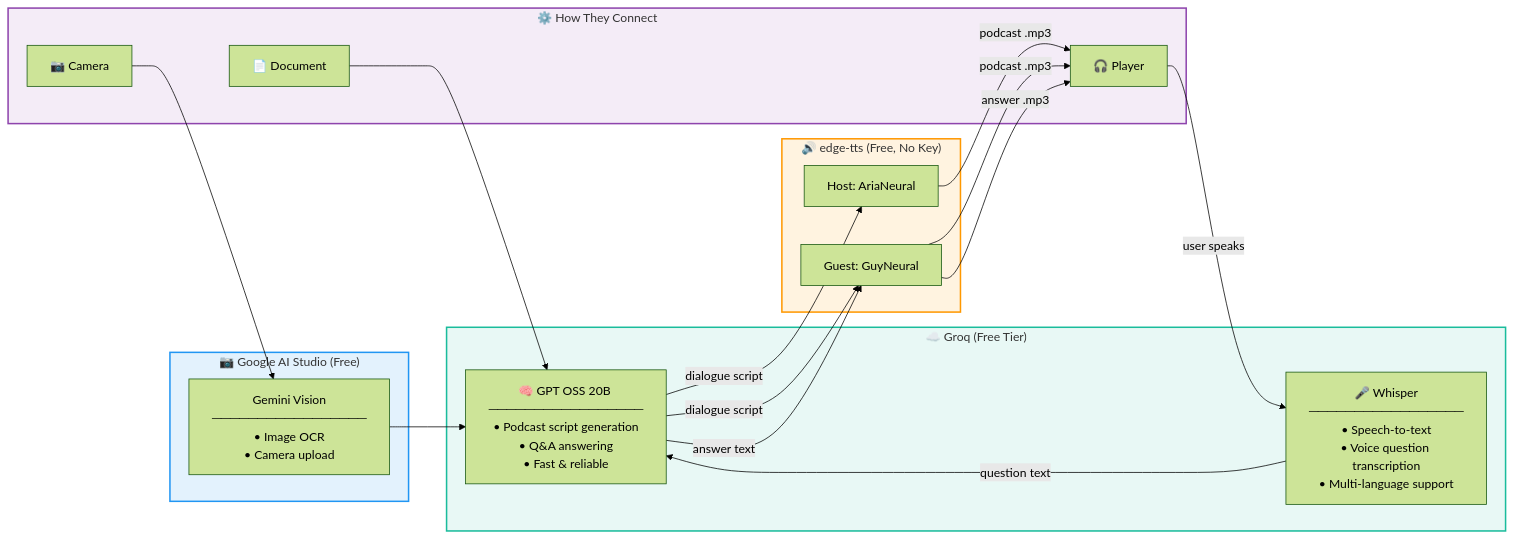
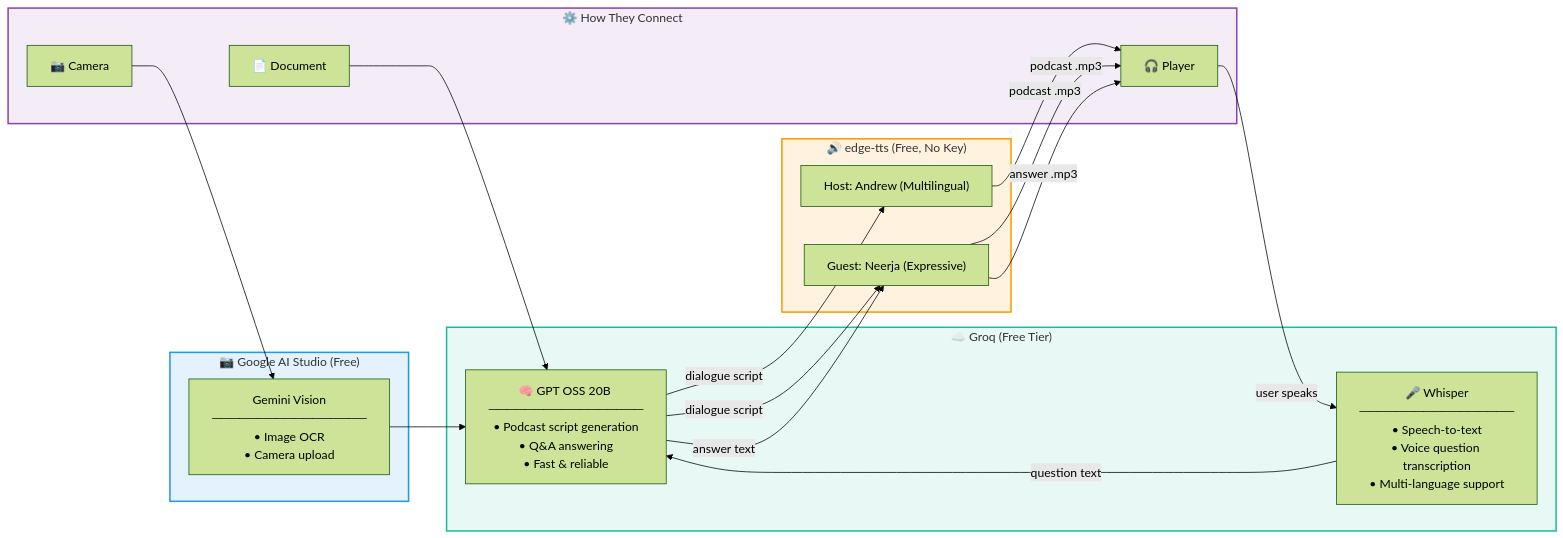
The diagram in README.md (pushkal1234/PaperPod), drawn with Mermaid (forest theme) before and after one commit. The commit also changed other lines of this file and 3 other files, not shown here.

````diff
--- a/README.md
+++ b/README.md
@@ -180,34 +180,34 @@
 ```mermaid
 flowchart LR
     subgraph GROQ["☁️ Groq (Free Tier)"]
         LLM["🧠 GPT OSS 20B \n─────────────────\n• Podcast script generation\n• Q&A answering\n• Fast & reliable"]
         STT["🎤 Whisper\n─────────────────\n• Speech-to-text\n• Voice question transcription\n• Multi-language support"]
     end
 
     subgraph TTS["🔊 edge-tts (Free, No Key)"]
-        HOST["Host: AriaNeural"]
-        GUEST["Guest: GuyNeural"]
+        HOST["Host: Andrew (Multilingual)"]
+        GUEST["Guest: Neerja (Expressive)"]
     end
 
     subgraph OCR["📷 Google AI Studio (Free)"]
         VISION["Gemini Vision\n─────────────────\n• Image OCR\n• Camera upload"]
     end
 
     subgraph PIPELINE["⚙️ How They Connect"]
         DOC["📄 Document"] --> LLM
         CAM["📷 Camera"] --> VISION --> LLM
         LLM -->|dialogue script| HOST
         LLM -->|dialogue script| GUEST
         HOST -->|podcast .mp3| PLAY["🎧 Player"]
         GUEST -->|podcast .mp3| PLAY
         PLAY -->|user speaks| STT
         STT -->|question text| LLM
         LLM -->|answer text| GUEST
         GUEST -->|answer .mp3| PLAY
     end
 
     style GROQ fill:#E8F8F5,stroke:#1ABC9C,stroke-width:2px
     style TTS fill:#FFF3E0,stroke:#FF9800,stroke-width:2px
     style OCR fill:#E3F2FD,stroke:#2196F3,stroke-width:2px
     style PIPELINE fill:#F4ECF7,stroke:#8E44AD,stroke-width:2px
 ```
````
